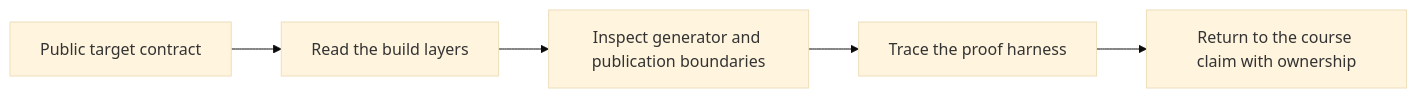
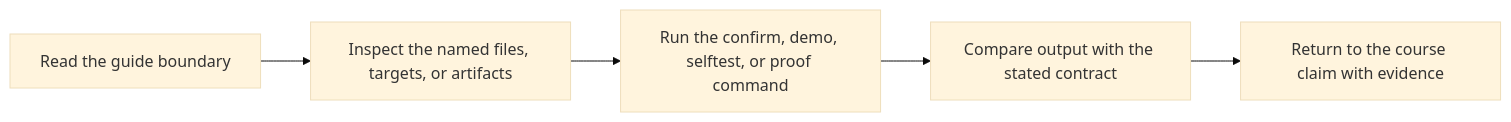
Before and after one commit to bijux/bijux-masterclass: the second of 3 diagrams in programs/reproducible-research/deep-dive-make/capstone/docs/architecture.md, drawn with Mermaid (base theme). The commit also changed other lines of this file and 146 other files, not shown here.

Commit message:
docs(deep-dive-make): map build truth and release review surfaces

````diff
--- a/programs/reproducible-research/deep-dive-make/capstone/docs/architecture.md
+++ b/programs/reproducible-research/deep-dive-make/capstone/docs/architecture.md
@@ -20,7 +20,7 @@
 ```mermaid
 flowchart LR
-  contract["Public target contract"] --> layers["Read the build layers"]
-  layers --> generators["Inspect generator and publication boundaries"]
-  generators --> proof["Trace the proof harness"]
-  proof --> review["Return to the course claim with ownership"]
+  orient["Read the guide boundary"] --> inspect["Inspect the named files, targets, or artifacts"]
+  inspect --> run["Run the confirm, demo, selftest, or proof command"]
+  run --> compare["Compare output with the stated contract"]
+  compare --> review["Return to the course claim with evidence"]
 ```
````
